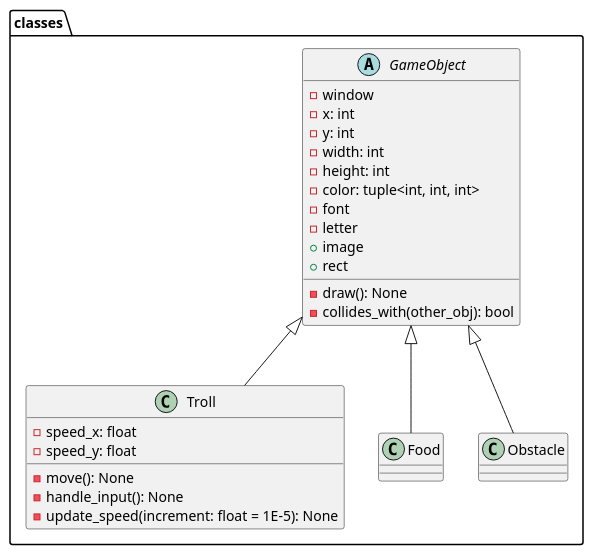
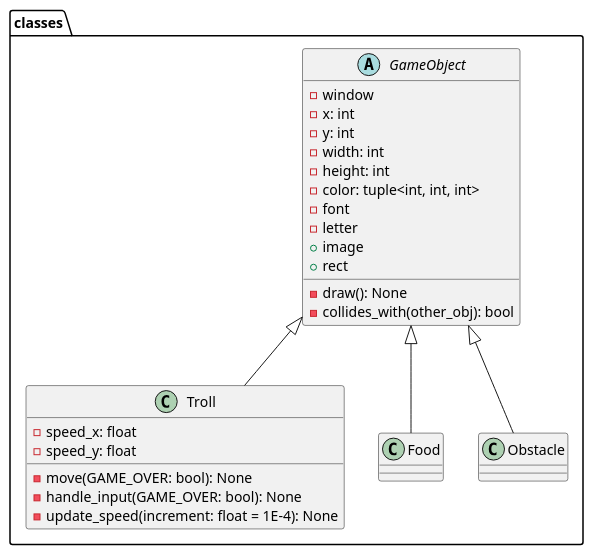
Before and after one commit to LakBud/Informasjonsteknologi-2-Python-Course: the diagram in src/tasks/4_before_fourth_test/pactroll/pactroll_UML.puml, drawn with PlantUML. The commit also changed 5 other files, not shown here.

```diff
--- a/src/tasks/4_before_fourth_test/pactroll/pactroll_UML.puml
+++ b/src/tasks/4_before_fourth_test/pactroll/pactroll_UML.puml
@@ -1,37 +1,37 @@
 @startuml classes
 
 abstract class classes.GameObject {
     - window
     - x: int
     - y: int
     - width: int
     - height: int
     - color: tuple<int, int, int>
     - font
     - letter
     + image
     + rect
     - draw(): None 
     - collides_with(other_obj): bool
 }
 
 class classes.Troll {
     - speed_x: float
     - speed_y: float
-    - move(): None
-    - handle_input(): None
-    - update_speed(increment: float = 1E-5): None
+    - move(GAME_OVER: bool): None
+    - handle_input(GAME_OVER: bool): None
+    - update_speed(increment: float = 1E-4): None
 }
 
 class classes.Food {
 }
 
 class classes.Obstacle {
 }
 
 GameObject <|-- Troll
 GameObject <|-- Food
 GameObject <|-- Obstacle
 
 
 @enduml
```
